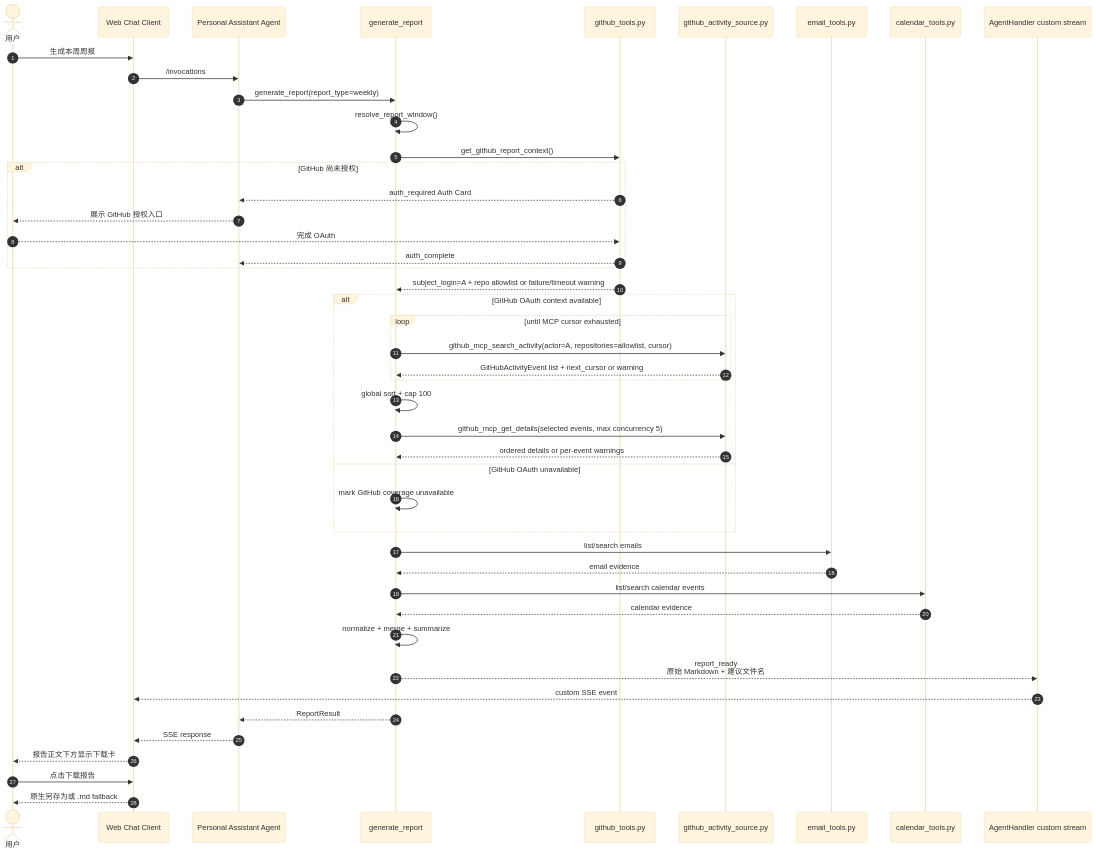
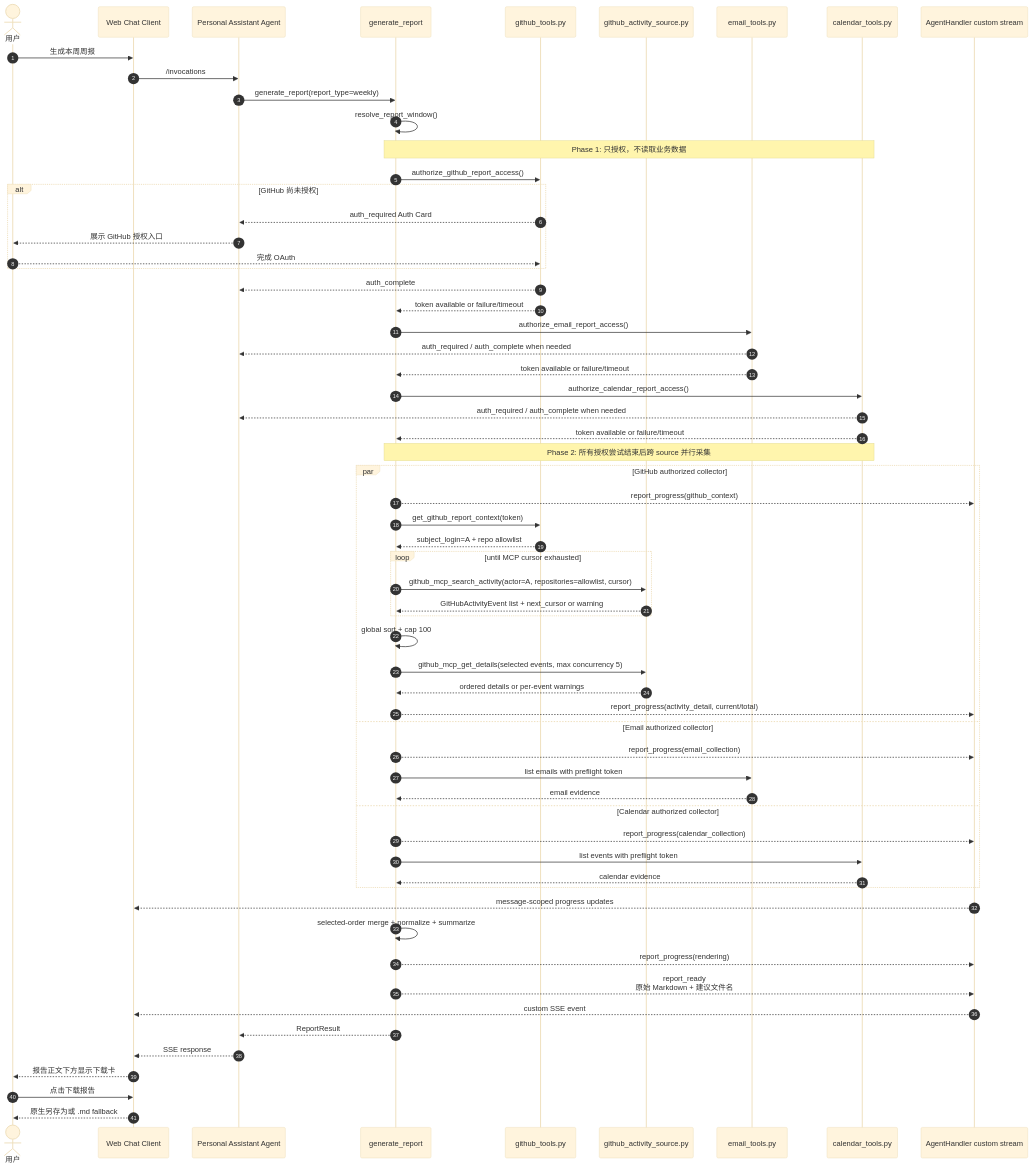
The second of 2 diagrams in personal-assistant-meta/issues/features/backlog/feature-18-report-root-capability/plan.md (T-1009/personal-assistant), drawn with Mermaid (base theme) before and after one commit. The commit also changed other lines of this file and 30 other files, not shown here.

Commit message:
feat(report): Optimize authorization sequence and report generation progress experience for Feature-18

````diff
--- a/personal-assistant-meta/issues/features/backlog/feature-18-report-root-capability/plan.md
+++ b/personal-assistant-meta/issues/features/backlog/feature-18-report-root-capability/plan.md
@@ -109,49 +130,66 @@
 ```mermaid
 sequenceDiagram
     autonumber
     actor User as 用户
     participant Client as Web Chat Client
     participant Agent as Personal Assistant Agent
     participant Report as generate_report
     participant GitHubOAuth as github_tools.py
     participant GitHubMCP as github_activity_source.py
     participant Email as email_tools.py
     participant Calendar as calendar_tools.py
     participant Stream as AgentHandler custom stream
 
     User->>Client: 生成本周周报
     Client->>Agent: /invocations
     Agent->>Report: generate_report(report_type=weekly)
     Report->>Report: resolve_report_window()
-    Report->>GitHubOAuth: get_github_report_context()
+    Note over Report,Calendar: Phase 1: 只授权，不读取业务数据
+    Report->>GitHubOAuth: authorize_github_report_access()
     alt GitHub 尚未授权
         GitHubOAuth-->>Agent: auth_required Auth Card
         Agent-->>User: 展示 GitHub 授权入口
         User-->>GitHubOAuth: 完成 OAuth
-        GitHubOAuth-->>Agent: auth_complete
     end
-    GitHubOAuth-->>Report: subject_login=A + repo allowlist or failure/timeout warning
-    alt GitHub OAuth context available
+    GitHubOAuth-->>Agent: auth_complete
+    GitHubOAuth-->>Report: token available or failure/timeout
+    Report->>Email: authorize_email_report_access()
+    Email-->>Agent: auth_required / auth_complete when needed
+    Email-->>Report: token available or failure/timeout
+    Report->>Calendar: authorize_calendar_report_access()
+    Calendar-->>Agent: auth_required / auth_complete when needed
+    Calendar-->>Report: token available or failure/timeout
+
+    Note over Report,Calendar: Phase 2: 所有授权尝试结束后跨 source 并行采集
+    par GitHub authorized collector
+        Report-->>Stream: report_progress(github_context)
+        Report->>GitHubOAuth: get_github_report_context(token)
+        GitHubOAuth-->>Report: subject_login=A + repo allowlist
         loop until MCP cursor exhausted
             Report->>GitHubMCP: github_mcp_search_activity(actor=A, repositories=allowlist, cursor)
             GitHubMCP-->>Report: GitHubActivityEvent list + next_cursor or warning
         end
         Report->>Report: global sort + cap 100
         Report->>GitHubMCP: github_mcp_get_details(selected events, max concurrency 5)
         GitHubMCP-->>Report: ordered details or per-event warnings
-    else GitHub OAuth unavailable
-        Report->>Report: mark GitHub coverage unavailable
+        Report-->>Stream: report_progress(activity_detail, current/total)
+    and Email authorized collector
+        Report-->>Stream: report_progress(email_collection)
+        Report->>Email: list emails with preflight token
+        Email-->>Report: email evidence
+    and Calendar authorized collector
+        Report-->>Stream: report_progress(calendar_collection)
+        Report->>Calendar: list events with preflight token
+        Calendar-->>Report: calendar evidence
     end
-    Report->>Email: list/search emails
-    Email-->>Report: email evidence
-    Report->>Calendar: list/search calendar events
-    Calendar-->>Report: calendar evidence
-    Report->>Report: normalize + merge + summarize
+    Stream-->>Client: message-scoped progress updates
+    Report->>Report: selected-order merge + normalize + summarize
+    Report-->>Stream: report_progress(rendering)
     Report-->>Stream: report_ready<br/>原始 Markdown + 建议文件名
     Stream-->>Client: custom SSE event
     Report-->>Agent: ReportResult
     Agent-->>Client: SSE response
     Client-->>User: 报告正文下方显示下载卡
     User->>Client: 点击下载报告
     Client-->>User: 原生另存为或 .md fallback
 ```
````
